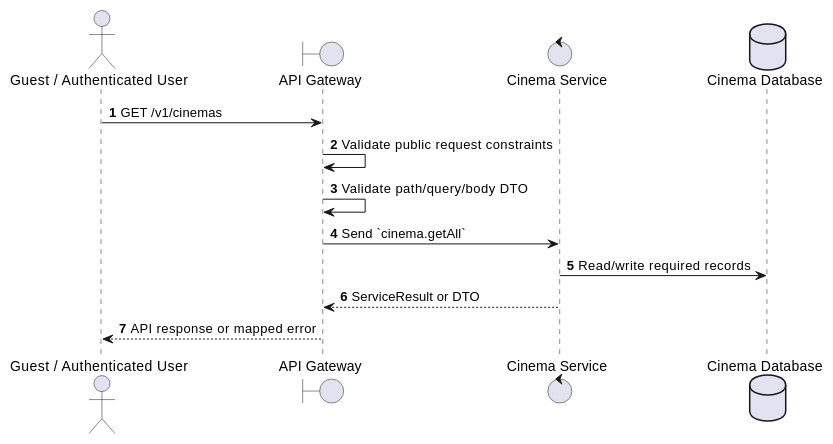
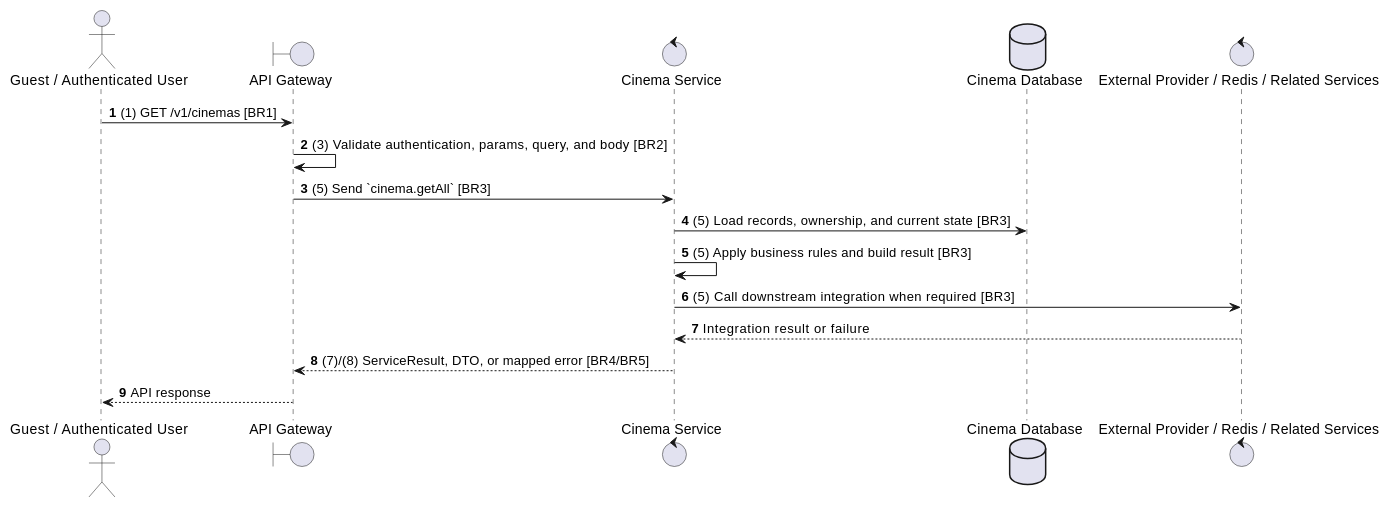
The second of 2 diagrams in docs/functional_specs/3.2.1_Cinema_Management/CM-01_List_All_Cinemas.md (Tanh1603/movie-hub-architecture), drawn with PlantUML before and after one commit. The commit also changed other lines of this file and 129 other files, not shown here.

````diff
--- a/docs/functional_specs/3.2.1_Cinema_Management/CM-01_List_All_Cinemas.md
+++ b/docs/functional_specs/3.2.1_Cinema_Management/CM-01_List_All_Cinemas.md
@@ -17,17 +64,20 @@
 ```plantuml
 @startuml
 autonumber
 actor "Guest / Authenticated User" as Actor
 boundary "API Gateway" as GW
 control "Cinema Service" as SVC
 database "Cinema Database" as DB
+control "External Provider / Redis / Related Services" as EXT
 
-Actor -> GW: GET /v1/cinemas
-GW -> GW: Validate public request constraints
-GW -> GW: Validate path/query/body DTO
-GW -> SVC: Send `cinema.getAll`
-SVC -> DB: Read/write required records
-SVC --> GW: ServiceResult or DTO
-GW --> Actor: API response or mapped error
+Actor -> GW: (1) GET /v1/cinemas [BR1]
+GW -> GW: (3) Validate authentication, params, query, and body [BR2]
+GW -> SVC: (5) Send `cinema.getAll` [BR3]
+SVC -> DB: (5) Load records, ownership, and current state [BR3]
+SVC -> SVC: (5) Apply business rules and build result [BR3]
+SVC -> EXT: (5) Call downstream integration when required [BR3]
+EXT --> SVC: Integration result or failure
+SVC --> GW: (7)/(8) ServiceResult, DTO, or mapped error [BR4/BR5]
+GW --> Actor: API response
 @enduml
 ```
````
